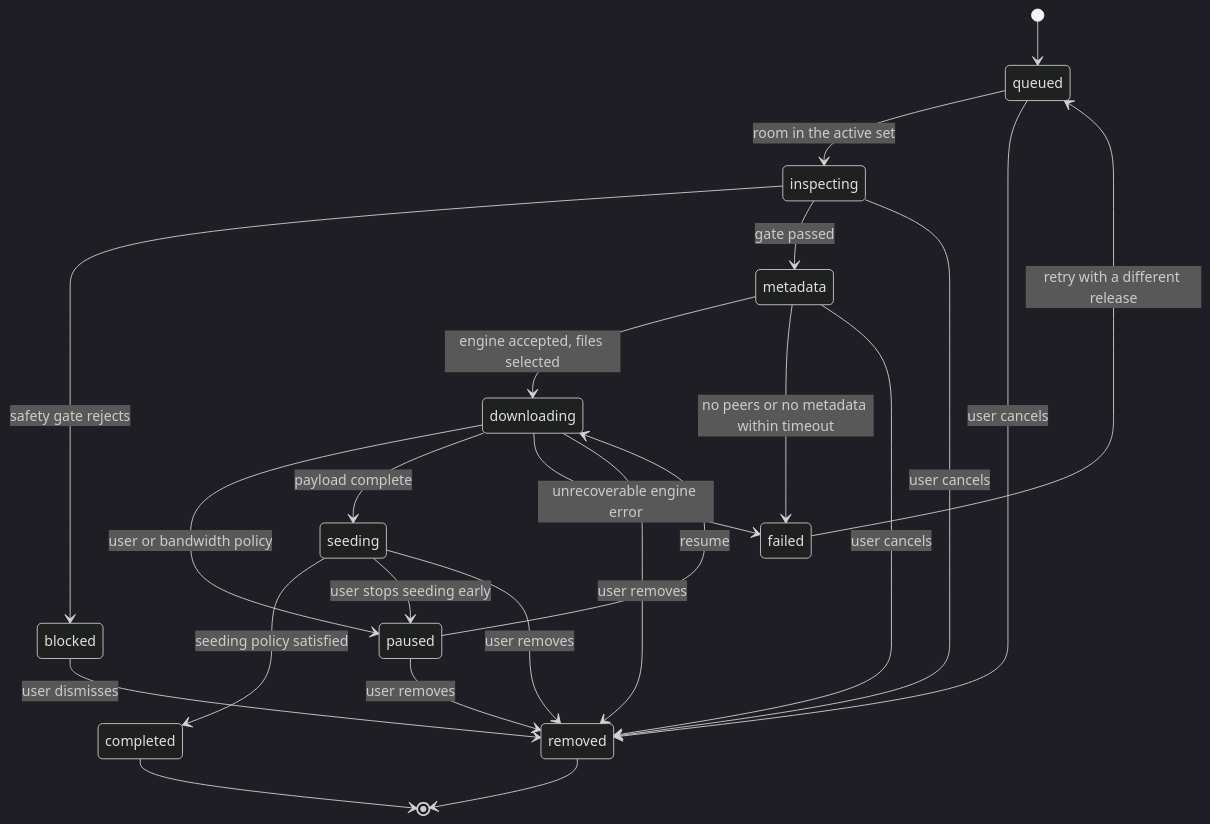
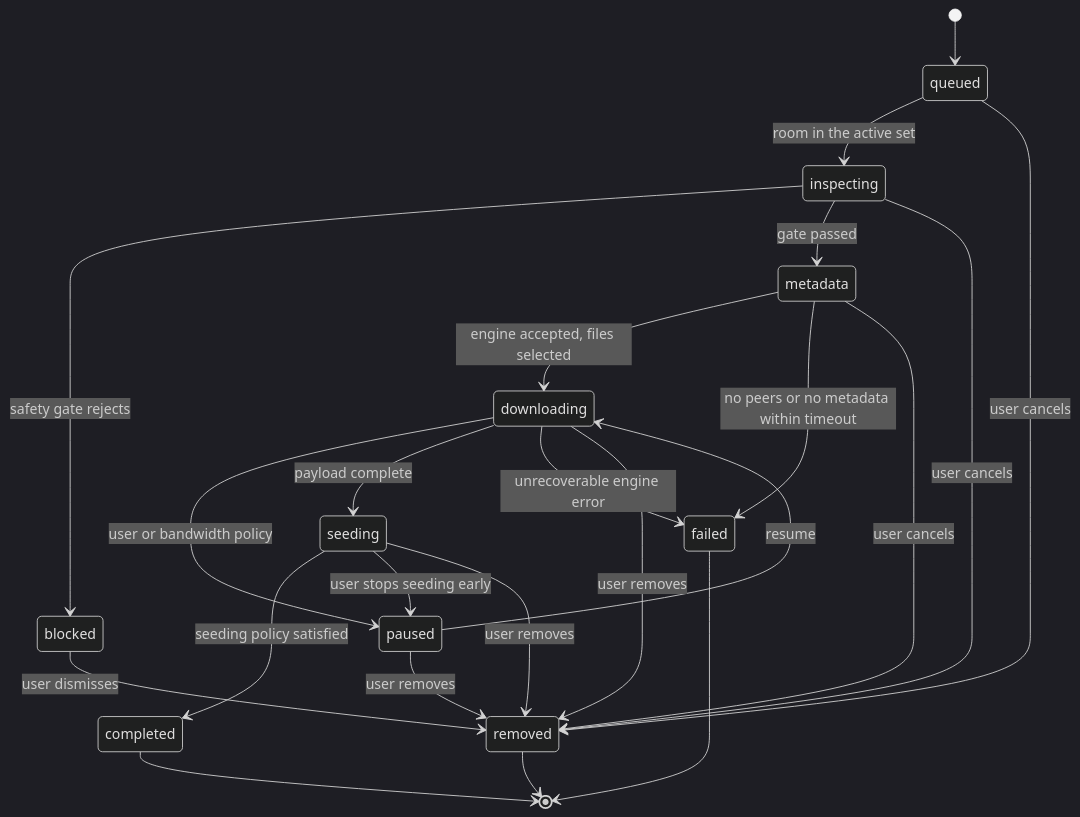
One commit to DavidNgugi/peregrine changed diagram 17 of 20 in docs/FLOWS.md. Above: the diagram before and after it, drawn with Mermaid (dark theme). The commit also changed other lines of this file, not shown here.

First line of the commit message:
docs(flows): a retry after failure is a new job, not an arrow on this one

````diff
--- a/docs/FLOWS.md
+++ b/docs/FLOWS.md
@@ -822,25 +822,25 @@
 ```mermaid
 stateDiagram-v2
     [*] --> queued
     queued --> inspecting: room in the active set
     inspecting --> blocked: safety gate rejects
     inspecting --> metadata: gate passed
     metadata --> downloading: engine accepted, files selected
     metadata --> failed: no peers or no metadata within timeout
     downloading --> paused: user or bandwidth policy
     paused --> downloading: resume
     downloading --> seeding: payload complete
     downloading --> failed: unrecoverable engine error
     seeding --> completed: seeding policy satisfied
     seeding --> paused: user stops seeding early
     downloading --> removed: user removes
     paused --> removed: user removes
     blocked --> removed: user dismisses
     queued --> removed: user cancels
     inspecting --> removed: user cancels
     metadata --> removed: user cancels
     seeding --> removed: user removes
-    failed --> queued: retry with a different release
+    failed --> [*]
     completed --> [*]
     removed --> [*]
 ```
````
